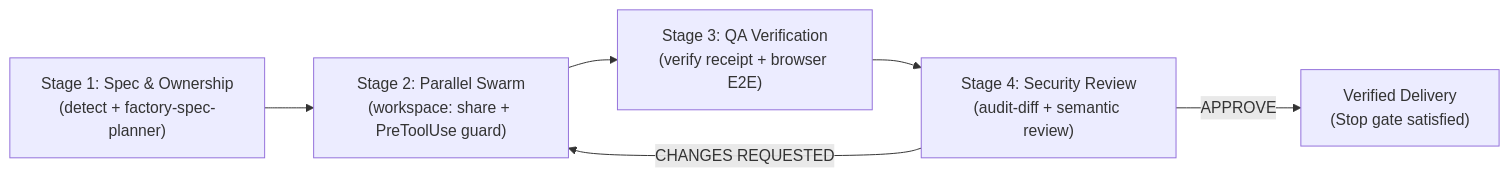
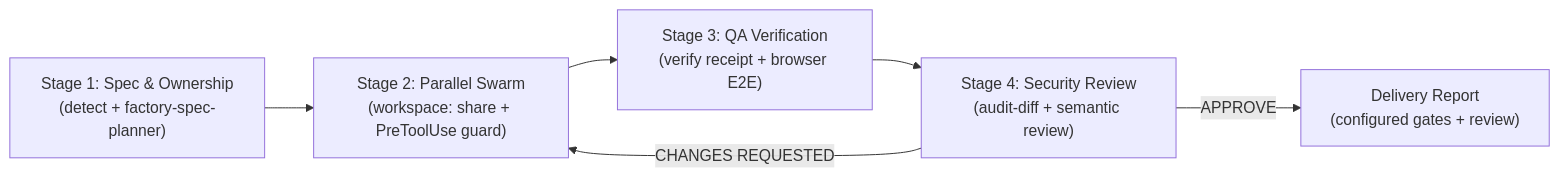
Before and after one commit to eidolonlabs-ai/antigravity-factory: the diagram in README.md, drawn with Mermaid. The commit also changed other lines of this file and 55 other files, not shown here.

````diff
--- a/README.md
+++ b/README.md
@@ -26,8 +26,8 @@
 ```mermaid
 flowchart LR
     P["Stage 1: Spec & Ownership<br/>(detect + factory-spec-planner)"] --> B["Stage 2: Parallel Swarm<br/>(workspace: share + PreToolUse guard)"]
     B --> V["Stage 3: QA Verification<br/>(verify receipt + browser E2E)"]
     V --> R["Stage 4: Security Review<br/>(audit-diff + semantic review)"]
     R -- "CHANGES REQUESTED" --> B
-    R -- "APPROVE" --> D["Verified Delivery<br/>(Stop gate satisfied)"]
+    R -- "APPROVE" --> D["Delivery Report<br/>(configured gates + review)"]
 ```
````
